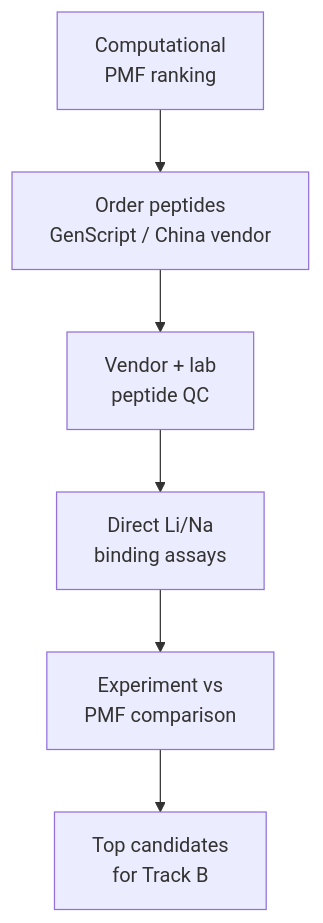
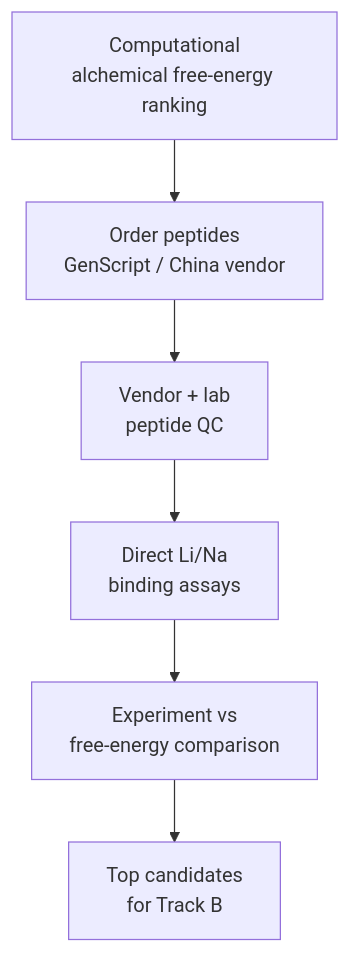
The diagram in 02_experimental_validation/track_A_purified_peptide/README.md (jackyissocute/LiSPER), drawn with Mermaid before and after one commit. The commit also changed other lines of this file and 689 other files, not shown here.

Commit message:
Reset invalid sampling artifacts and define free-energy workflow

````diff
--- a/02_experimental_validation/track_A_purified_peptide/README.md
+++ b/02_experimental_validation/track_A_purified_peptide/README.md
@@ -11,18 +11,18 @@
 ```mermaid
 flowchart TD
     accTitle: Track A Vendor Peptide Workflow
-    accDescr: Track A orders synthetic peptides from a commercial vendor, confirms QC, runs Li and Na binding assays, compares with PMF ranking, and selects Track B candidates.
+    accDescr: Track A orders synthetic peptides from a commercial vendor, confirms QC, runs Li and Na binding assays, compares with alchemical free-energy ranking, and selects Track B candidates.
 
-    ranking["Computational<br/>PMF ranking"]
+    ranking["Computational<br/>alchemical free-energy ranking"]
     order["Order peptides<br/>GenScript / China vendor"]
     qc["Vendor + lab<br/>peptide QC"]
     assay["Direct Li/Na<br/>binding assays"]
-    compare["Experiment vs<br/>PMF comparison"]
+    compare["Experiment vs<br/>free-energy comparison"]
     shortlist["Top candidates<br/>for Track B"]
 
     ranking --> order
     order --> qc
     qc --> assay
     assay --> compare
     compare --> shortlist
 ```
````
